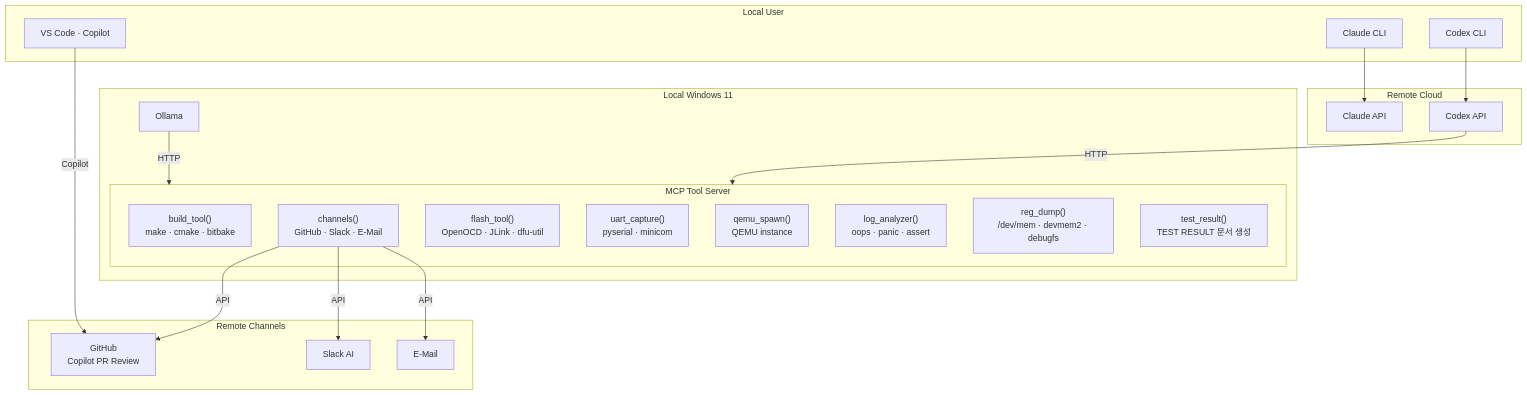
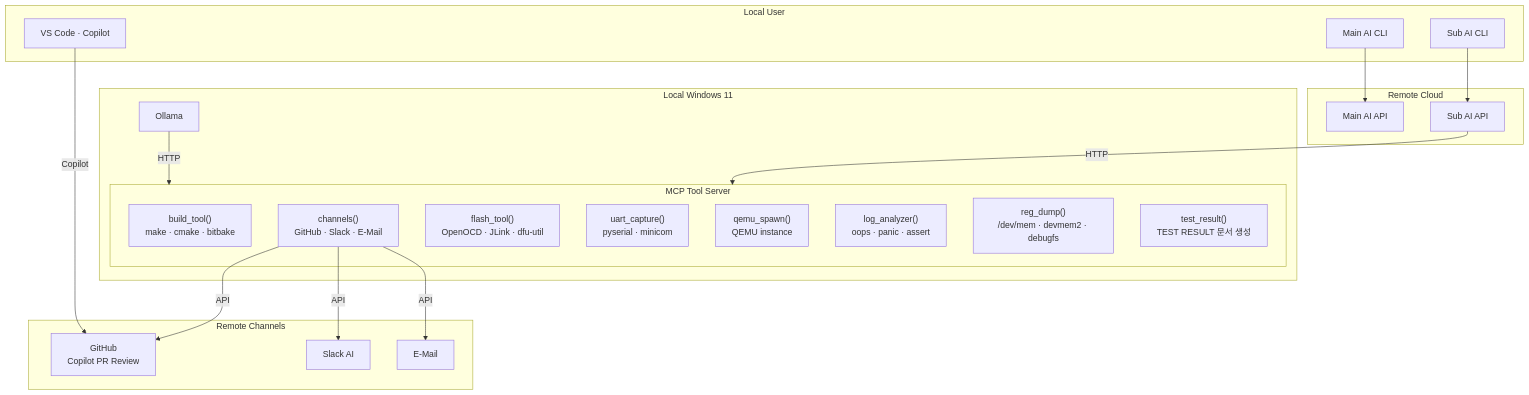
One commit to JeonghunLee/local-ai-agent-mcp changed the second of 2 diagrams in docs/architecture/system-design.md. Above: the diagram before and after it, drawn with Mermaid. The commit also changed other lines of this file, not shown here.

````diff
--- a/docs/architecture/system-design.md
+++ b/docs/architecture/system-design.md
@@ -157,44 +157,44 @@
 ```mermaid
 graph TD
     subgraph UserCLI["Local User"]
-        ClaudeCLI["Claude CLI"]
-        CodexCLI["Codex CLI"]
+        MainAICLI["Main AI CLI"]
+        SubAICLI["Sub AI CLI"]
         VSCode["VS Code · Copilot"]
     end
 
     subgraph Remote["Remote Cloud"]
-        Claude["Claude API"]
-        Codex["Codex API"]
+        MainAI["Main AI API"]
+        SubAI["Sub AI API"]
     end
 
     subgraph LocalWindows["Local Windows 11"]
         Ollama["Ollama"]
         subgraph MCPTools["MCP Tool Server"]
             Build["build_tool()\nmake · cmake · bitbake"]
             Chan["channels()\nGitHub · Slack · E-Mail"]
             Flash["flash_tool()\nOpenOCD · JLink · dfu-util"]
             Uart["uart_capture()\npyserial · minicom"]
             Qemu["qemu_spawn()\nQEMU instance"]
             LogA["log_analyzer()\noops · panic · assert"]
             Reg["reg_dump()\n/dev/mem · devmem2 · debugfs"]
             TestR["test_result()\nTEST RESULT 문서 생성"]
         end
     end
 
     subgraph Channels["Remote Channels"]
         GitHub["GitHub\nCopilot PR Review"]
         Slack["Slack AI"]
         EMail["E-Mail"]        
     end
 
-    ClaudeCLI --> Claude
-    CodexCLI --> Codex
+    MainAICLI --> MainAI
+    SubAICLI --> SubAI
     VSCode -->|Copilot| GitHub
 
     Ollama -->|HTTP| MCPTools
-    Codex -->|HTTP| MCPTools
+    SubAI -->|HTTP| MCPTools
 
     Chan -->|API| GitHub
     Chan -->|API| Slack
     Chan -->|API| EMail    
 ```
````
